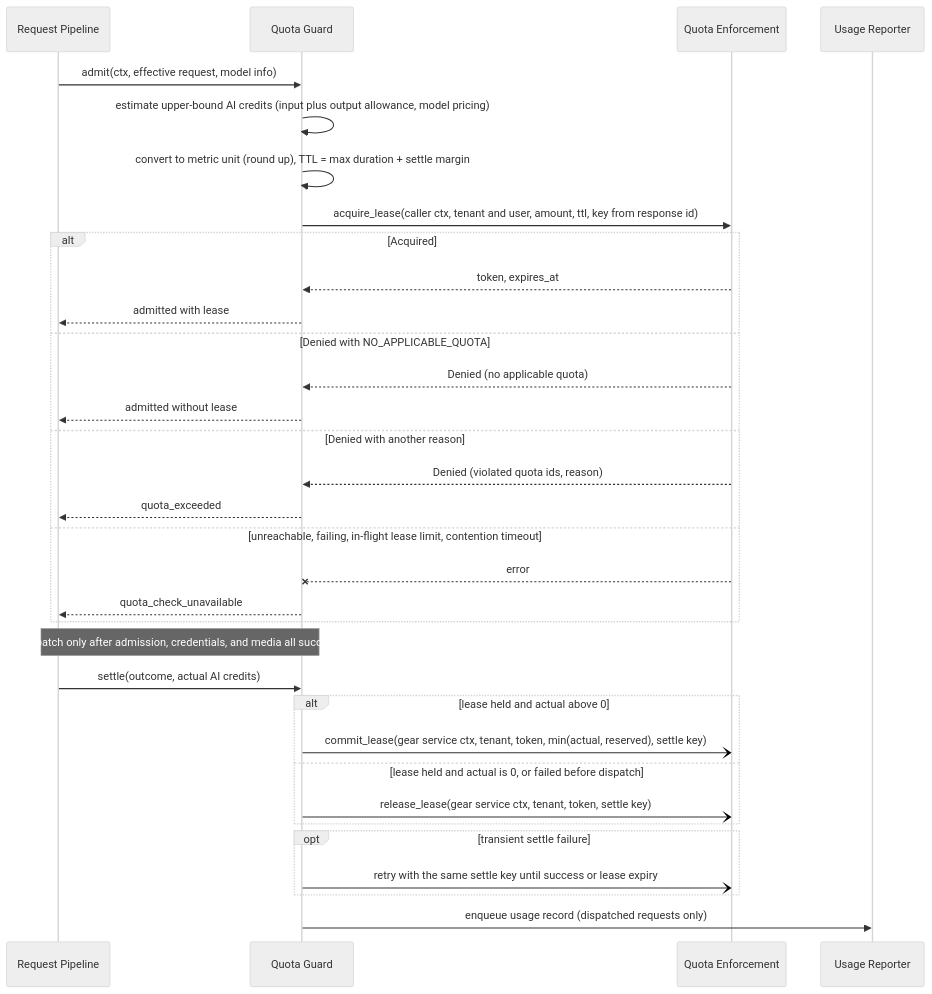
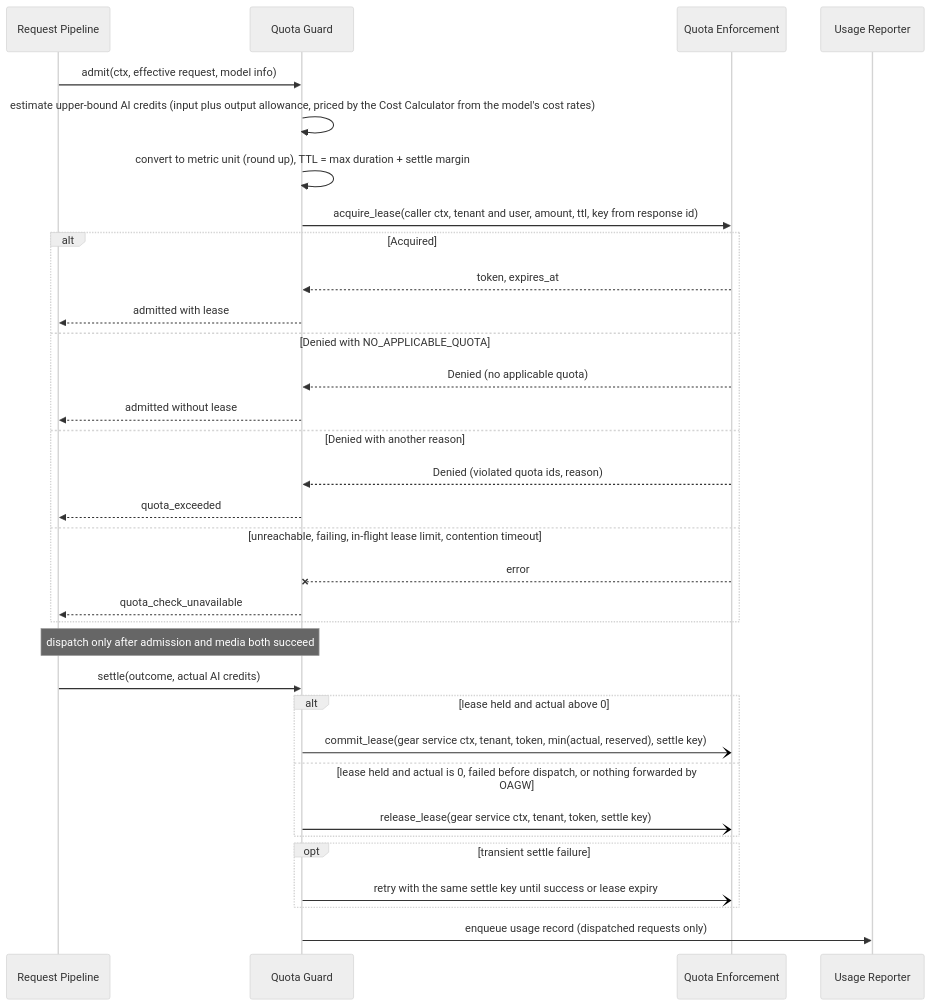
One commit to constructorfabric/gears-rust changed diagram 12 of 15 in gears/llm-gateway/docs/DESIGN.md. Above: the diagram before and after it, drawn with Mermaid (neutral theme). The commit also changed other lines of this file and 11 other files, not shown here.

````diff
--- a/gears/llm-gateway/docs/DESIGN.md
+++ b/gears/llm-gateway/docs/DESIGN.md
@@ -1122,35 +1133,35 @@
 ```mermaid
 sequenceDiagram
     participant P as Request Pipeline
     participant QG as Quota Guard
     participant QE as Quota Enforcement
     participant UR as Usage Reporter
     P->>QG: admit(ctx, effective request, model info)
-    QG->>QG: estimate upper-bound AI credits (input plus output allowance, model pricing)
+    QG->>QG: estimate upper-bound AI credits (input plus output allowance, priced by the Cost Calculator from the model's cost rates)
     QG->>QG: convert to metric unit (round up), TTL = max duration + settle margin
     QG->>QE: acquire_lease(caller ctx, tenant and user, amount, ttl, key from response id)
     alt Acquired
         QE-->>QG: token, expires_at
         QG-->>P: admitted with lease
     else Denied with NO_APPLICABLE_QUOTA
         QE-->>QG: Denied (no applicable quota)
         QG-->>P: admitted without lease
     else Denied with another reason
         QE-->>QG: Denied (violated quota ids, reason)
         QG-->>P: quota_exceeded
     else unreachable, failing, in-flight lease limit, contention timeout
         QE--xQG: error
         QG-->>P: quota_check_unavailable
     end
-    Note over P,QG: dispatch only after admission, credentials, and media all succeed
+    Note over P,QG: dispatch only after admission and media both succeed
     P->>QG: settle(outcome, actual AI credits)
     alt lease held and actual above 0
         QG-)QE: commit_lease(gear service ctx, tenant, token, min(actual, reserved), settle key)
-    else lease held and actual is 0, or failed before dispatch
+    else lease held and actual is 0, failed before dispatch, or nothing forwarded by OAGW
         QG-)QE: release_lease(gear service ctx, tenant, token, settle key)
     end
     opt transient settle failure
         QG-)QE: retry with the same settle key until success or lease expiry
     end
     QG->>UR: enqueue usage record (dispatched requests only)
 ```
````
